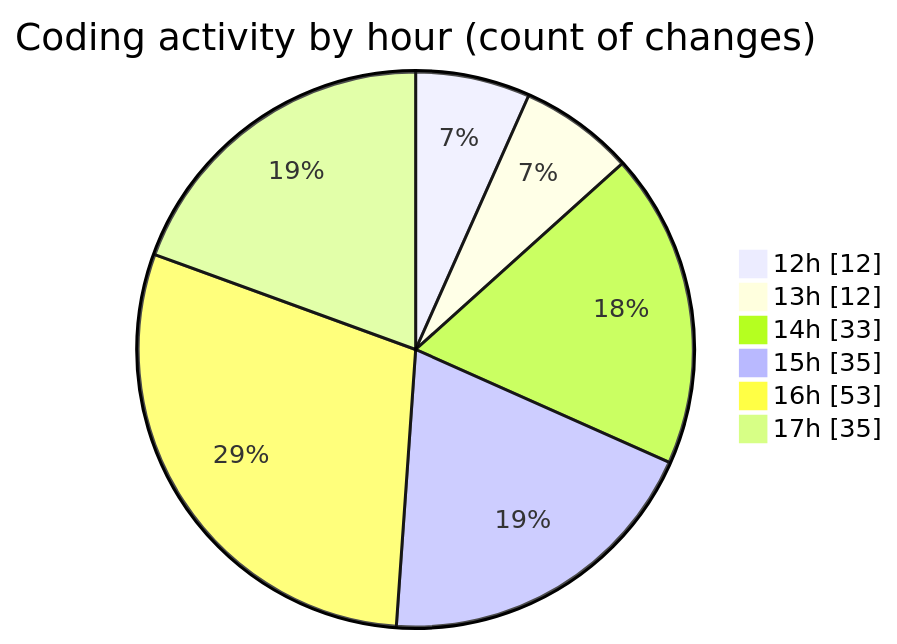
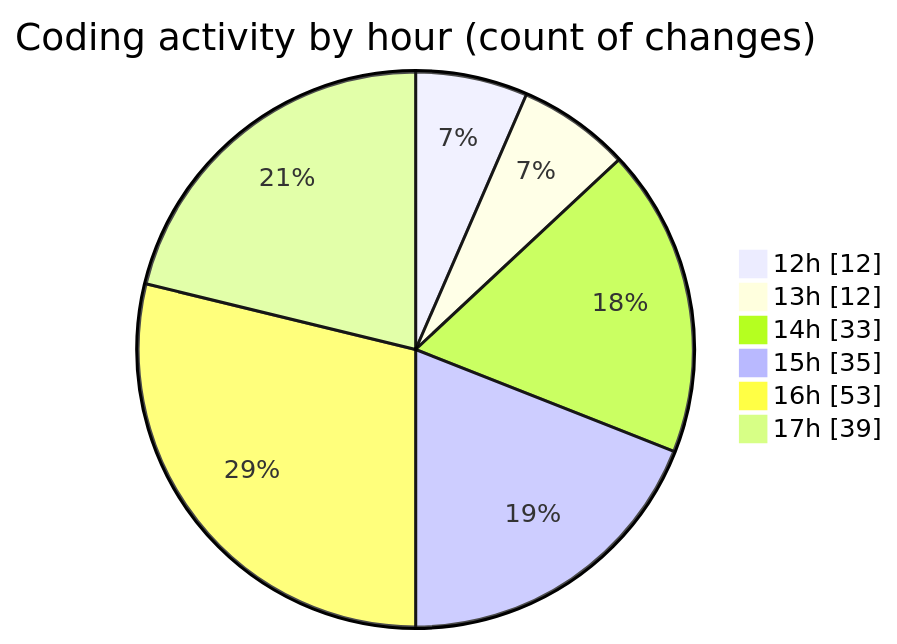
The second of 2 diagrams in 2025-09-24/cda/README.md (momahboobian/code-tracking), drawn with Mermaid before and after one commit. The commit also changed other lines of this file and 1 other file, not shown here.

````diff
--- a/2025-09-24/cda/README.md
+++ b/2025-09-24/cda/README.md
@@ -43,10 +43,10 @@
 ```mermaid
 pie showData
 title Coding activity by hour (count of changes)
 "12h" : 12
 "13h" : 12
 "14h" : 33
 "15h" : 35
 "16h" : 53
-"17h" : 35
+"17h" : 39
 ```
````
